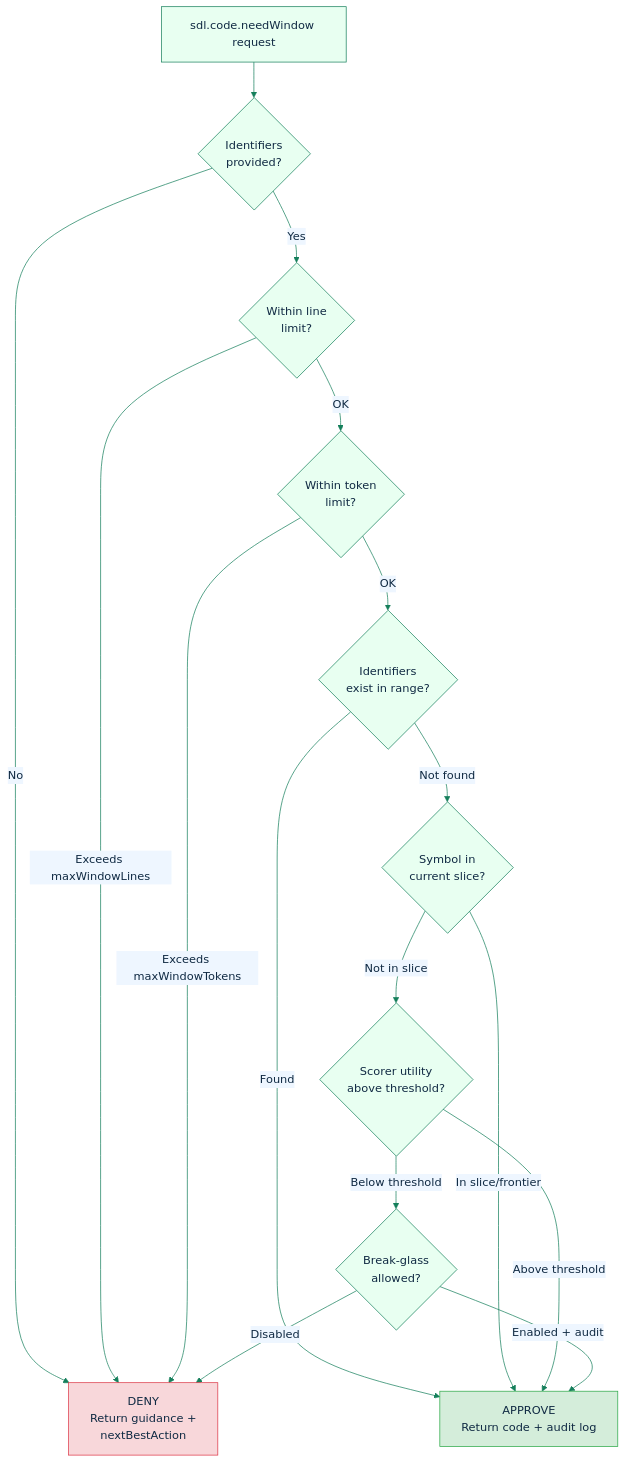
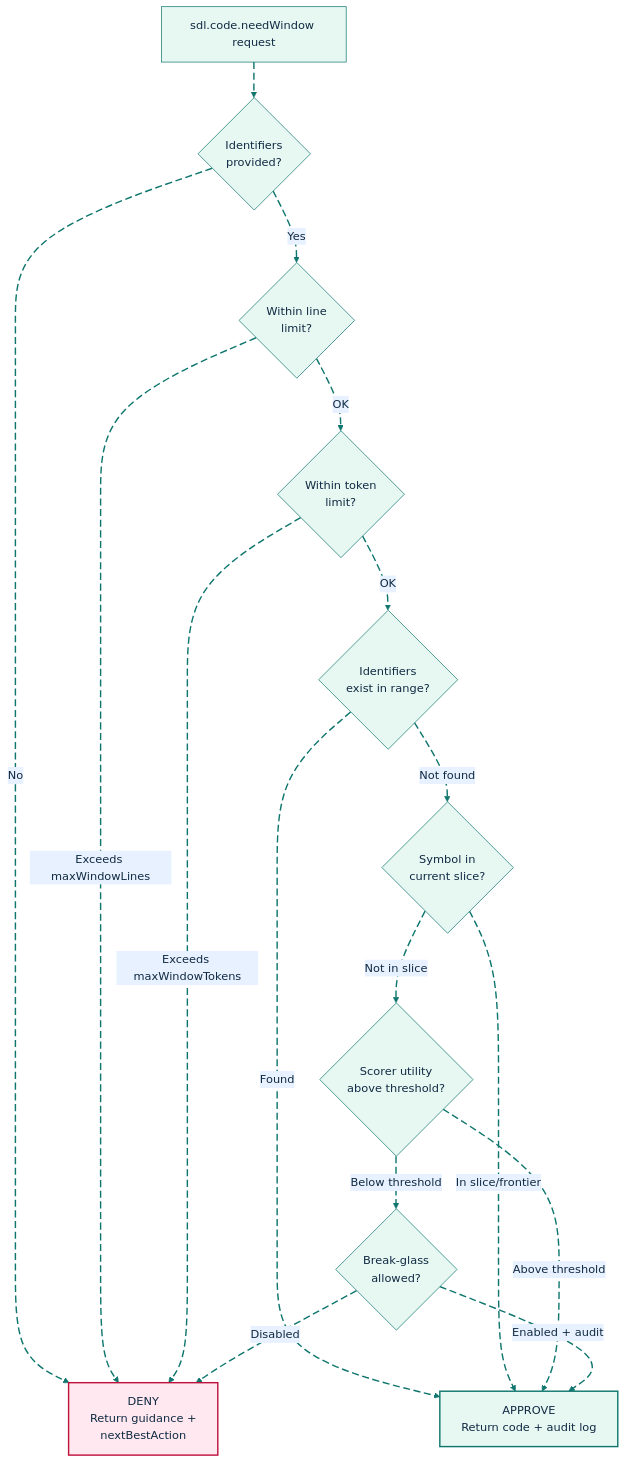
The second of 2 diagrams in docs/feature-deep-dives/governance-policy.md (GlitterKill/sdl-mcp), drawn with Mermaid before and after one commit. The commit also changed other lines of this file and 33 other files, not shown here.

First line of the commit message:
docs: update mermaid diagram themes and styling across documentation

````diff
--- a/docs/feature-deep-dives/governance-policy.md
+++ b/docs/feature-deep-dives/governance-policy.md
@@ -88,33 +94,42 @@
 ```mermaid
-%%{init: {"theme":"base","themeVariables":{"primaryColor":"#e8fff1","primaryBorderColor":"#157f5b","primaryTextColor":"#102a43","secondaryColor":"#eef6ff","secondaryBorderColor":"#2563eb","tertiaryColor":"#fff4d6","tertiaryBorderColor":"#b45309","lineColor":"#157f5b","fontFamily":"Trebuchet MS, Arial"},"flowchart":{"curve":"basis"}}}%%
+%%{init: {"theme":"base","themeVariables":{"background":"#ffffff","primaryColor":"#E7F8F2","primaryBorderColor":"#0F766E","primaryTextColor":"#102A43","secondaryColor":"#E8F1FF","secondaryBorderColor":"#2563EB","secondaryTextColor":"#102A43","tertiaryColor":"#FFF4D6","tertiaryBorderColor":"#B45309","tertiaryTextColor":"#102A43","lineColor":"#0F766E","textColor":"#102A43","fontFamily":"Inter, ui-sans-serif, system-ui, -apple-system, BlinkMacSystemFont, Segoe UI, sans-serif"},"flowchart":{"curve":"basis","htmlLabels":true}}}%%
 flowchart TD
     Req["sdl.code.needWindow request"]
     C1{"Identifiers<br/>provided?"}
     C2{"Within line<br/>limit?"}
     C3{"Within token<br/>limit?"}
     C4{"Identifiers<br/>exist in range?"}
     C5{"Symbol in<br/>current slice?"}
     C6{"Scorer utility<br/>above threshold?"}
     C7{"Break-glass<br/>allowed?"}
     Approve["APPROVE<br/>Return code + audit log"]
     Deny["DENY<br/>Return guidance +<br/>nextBestAction"]
 
-    Req --> C1
-    C1 -->|No| Deny
-    C1 -->|Yes| C2
-    C2 -->|Exceeds maxWindowLines| Deny
-    C2 -->|OK| C3
-    C3 -->|Exceeds maxWindowTokens| Deny
-    C3 -->|OK| C4
-    C4 -->|Found| Approve
-    C4 -->|Not found| C5
-    C5 -->|In slice/frontier| Approve
-    C5 -->|Not in slice| C6
-    C6 -->|Above threshold| Approve
-    C6 -->|Below threshold| C7
-    C7 -->|Enabled + audit| Approve
-    C7 -->|Disabled| Deny
+    Req e1@--> C1
+    C1 e2@-->|No| Deny
+    C1 e3@-->|Yes| C2
+    C2 e4@-->|Exceeds maxWindowLines| Deny
+    C2 e5@-->|OK| C3
+    C3 e6@-->|Exceeds maxWindowTokens| Deny
+    C3 e7@-->|OK| C4
+    C4 e8@-->|Found| Approve
+    C4 e9@-->|Not found| C5
+    C5 e10@-->|In slice/frontier| Approve
+    C5 e11@-->|Not in slice| C6
+    C6 e12@-->|Above threshold| Approve
+    C6 e13@-->|Below threshold| C7
+    C7 e14@-->|Enabled + audit| Approve
+    C7 e15@-->|Disabled| Deny
 
-    style Approve fill:#d4edda,stroke:#28a745
-    style Deny fill:#f8d7da,stroke:#dc3545
+    style Approve fill:#E7F8F2,stroke:#0F766E,stroke-width:2px,color:#102A43
+    style Deny fill:#FFE8EF,stroke:#BE123C,stroke-width:2px,color:#102A43
+
+    classDef source fill:#E7F8F2,stroke:#0F766E,stroke-width:2px,color:#102A43;
+    classDef process fill:#E8F1FF,stroke:#2563EB,stroke-width:2px,color:#102A43;
+    classDef decision fill:#FFF4D6,stroke:#B45309,stroke-width:2px,color:#102A43;
+    classDef storage fill:#F2E8FF,stroke:#7C3AED,stroke-width:2px,color:#102A43;
+    classDef output fill:#FFE8EF,stroke:#BE123C,stroke-width:2px,color:#102A43;
+    classDef muted fill:#F8FAFC,stroke:#64748B,stroke-width:1px,color:#102A43;
+    classDef animate stroke:#0F766E,stroke-width:2px,stroke-dasharray:10\,5,stroke-dashoffset:900,animation:dash 22s linear infinite;
+    class e1,e2,e3,e4,e5,e6,e7,e8,e9,e10,e11,e12,e13,e14,e15 animate;
 ```
````
